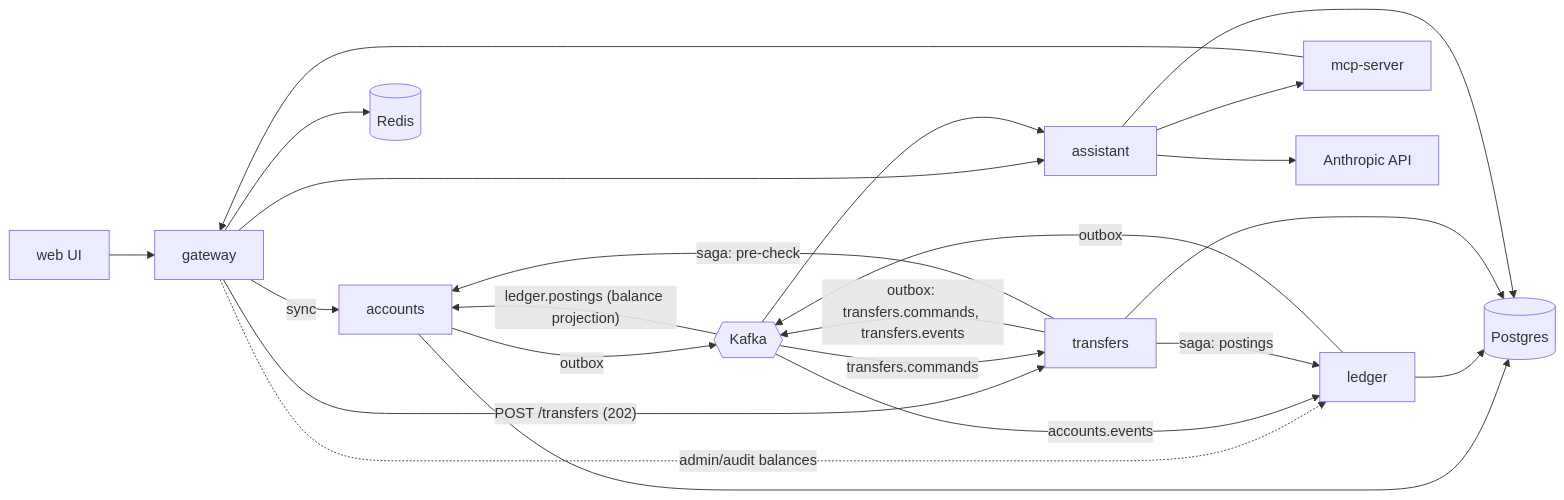
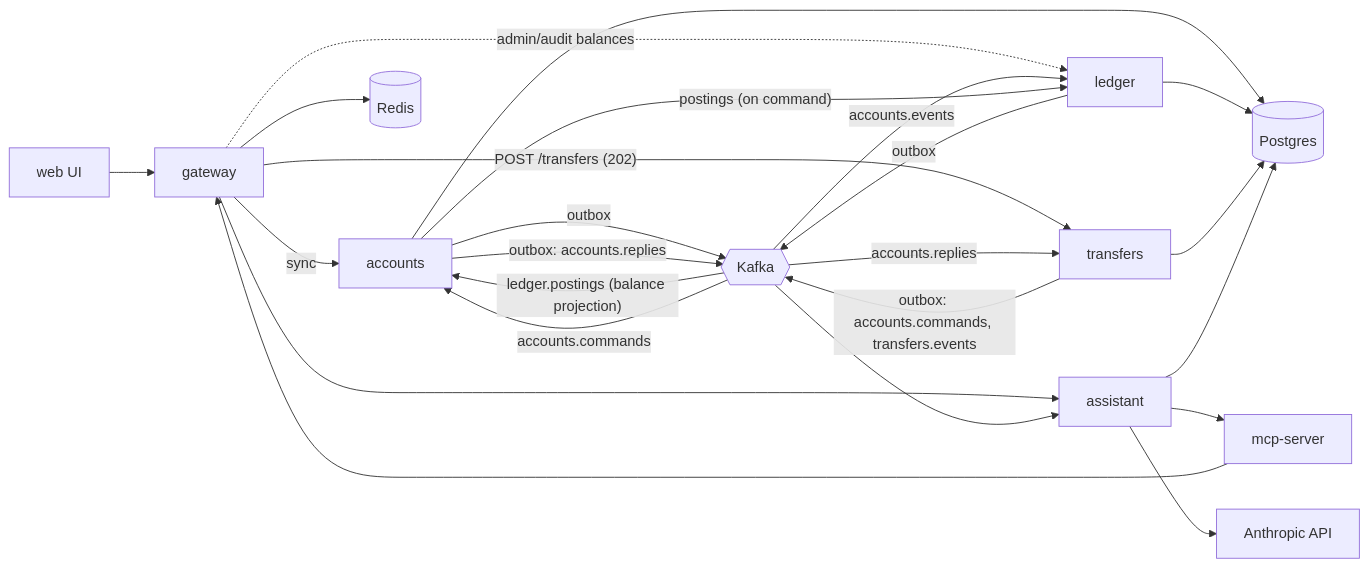
The diagram in specs/000-architecture.md (GodwinJacobR/mock-bank), drawn with Mermaid before and after one commit. The commit also changed other lines of this file and 8 other files, not shown here.

````diff
--- a/specs/000-architecture.md
+++ b/specs/000-architecture.md
@@ -19,25 +19,26 @@
 ```mermaid
 flowchart LR
   UI[web UI] --> GW[gateway]
   GW -- sync --> ACC[accounts]
   GW -. "admin/audit balances" .-> LED[ledger]
   GW -- "POST /transfers (202)" --> TRF[transfers]
   GW --> AST[assistant]
   AST --> MCP[mcp-server]
   MCP --> GW
   ACC --> PG[(Postgres)]
   LED --> PG
   TRF --> PG
   AST --> PG
   LED -- outbox --> K{{Kafka}}
   ACC -- outbox --> K
-  TRF -- "outbox: transfers.commands, transfers.events" --> K
+  TRF -- "outbox: accounts.commands, transfers.events" --> K
   K -- accounts.events --> LED
   K -- "ledger.postings (balance projection)" --> ACC
-  K -- transfers.commands --> TRF
-  TRF -- "saga: pre-check" --> ACC
-  TRF -- "saga: postings" --> LED
+  K -- accounts.commands --> ACC
+  ACC -- "outbox: accounts.replies" --> K
+  K -- accounts.replies --> TRF
+  ACC -- "postings (on command)" --> LED
   K --> AST
   GW --> R[(Redis)]
   AST --> LLM[Anthropic API]
 ```
````
